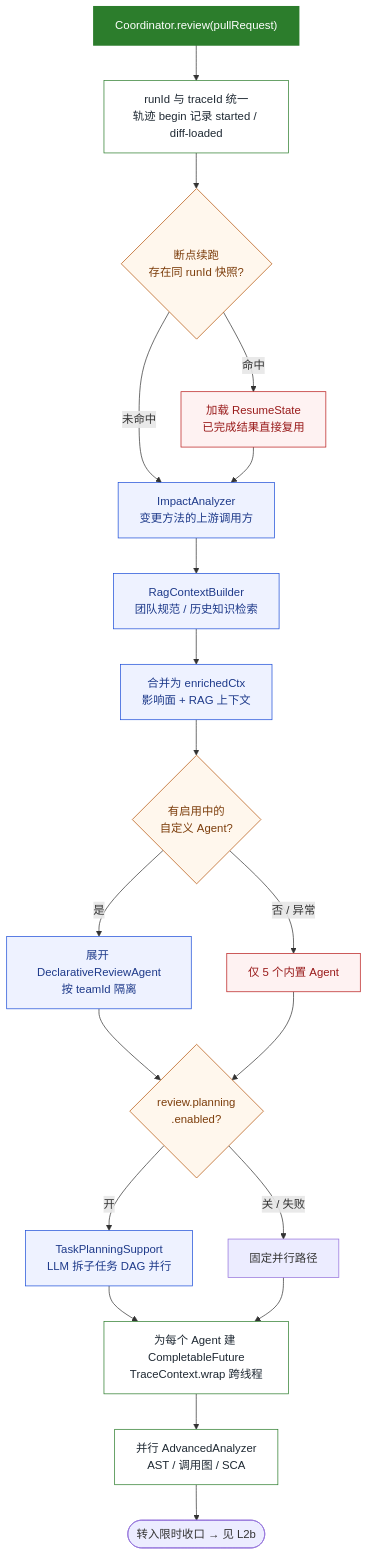
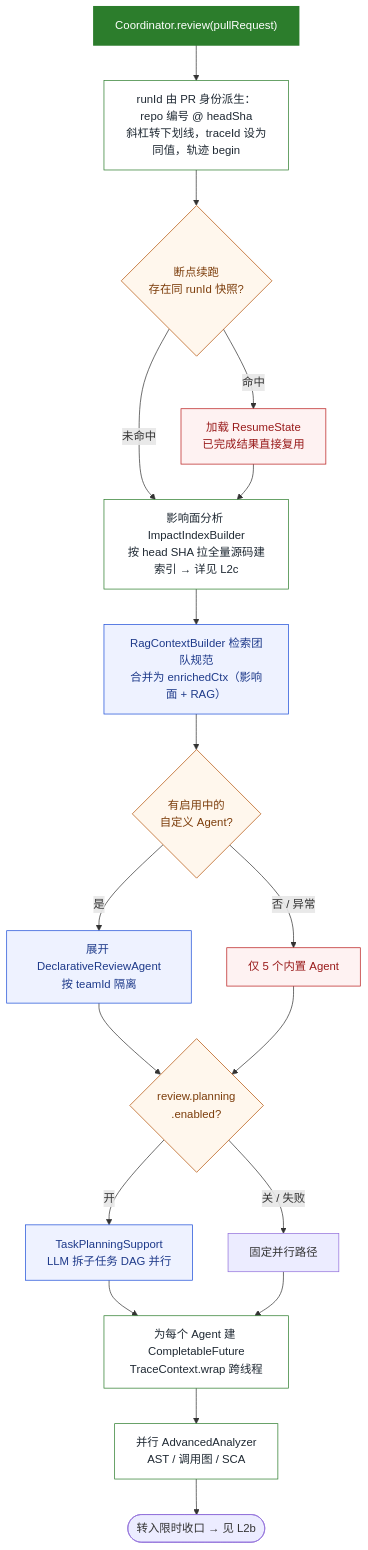
The diagram in docs/diagrams/l2a-prepare-dispatch.mmd (13liyunfei/code-review-agent), drawn with Mermaid before and after one commit. The commit also changed 10 other files, not shown here.

First line of the commit message:
docs: 图集同步项目近期演进，新增影响面分析专图（11 → 12 张）

```diff
--- a/docs/diagrams/l2a-prepare-dispatch.mmd
+++ b/docs/diagrams/l2a-prepare-dispatch.mmd
@@ -1,36 +1,36 @@
 flowchart TD
-    S["Coordinator.review(pullRequest)"] --> T["runId 与 traceId 统一<br/>轨迹 begin 记录 started / diff-loaded"]
+    S["Coordinator.review(pullRequest)"] --> T["runId 由 PR 身份派生：repo 编号 @ headSha<br/>斜杠转下划线，traceId 设为同值，轨迹 begin"]
 
     T --> RS{"断点续跑<br/>存在同 runId 快照?"}
     RS -->|"命中"| RS1["加载 ResumeState<br/>已完成结果直接复用"]
     RS -->|"未命中"| IA
     RS1 --> IA
 
-    IA["ImpactAnalyzer<br/>变更方法的上游调用方"] --> RAG["RagContextBuilder<br/>团队规范 / 历史知识检索"]
-    RAG --> ENR["合并为 enrichedCtx<br/>影响面 + RAG 上下文"]
+    IA["影响面分析 ImpactIndexBuilder<br/>按 head SHA 拉全量源码建索引 → 详见 L2c"] --> RAG
+    RAG["RagContextBuilder 检索团队规范<br/>合并为 enrichedCtx（影响面 + RAG）"]
 
-    ENR --> CA{"有启用中的<br/>自定义 Agent?"}
+    RAG --> CA{"有启用中的<br/>自定义 Agent?"}
     CA -->|"是"| CA1["展开 DeclarativeReviewAgent<br/>按 teamId 隔离"]
     CA -->|"否 / 异常"| CA2["仅 5 个内置 Agent"]
     CA1 --> PL
     CA2 --> PL
 
     PL{"review.planning<br/>.enabled?"}
     PL -->|"开"| PL1["TaskPlanningSupport<br/>LLM 拆子任务 DAG 并行"]
     PL -->|"关 / 失败"| PL2["固定并行路径"]
 
     PL1 --> FU
     PL2 --> FU
     FU["为每个 Agent 建 CompletableFuture<br/>TraceContext.wrap 跨线程"] --> ADV["并行 AdvancedAnalyzer<br/>AST / 调用图 / SCA"]
     ADV --> NB(["转入限时收口 → 见 L2b"])
 
     classDef start fill:#2c7d2c,stroke:#2c7d2c,stroke-width:2px,color:#fff;
     classDef proc fill:#FFFFFF,stroke:#2c7d2c,stroke-width:1px,color:#1f2933;
     classDef dec fill:#FFF7ED,stroke:#b45309,stroke-width:1px,color:#7c3d0b;
     classDef warn fill:#FEF2F2,stroke:#b91c1c,stroke-width:1px,color:#991b1b;
     classDef enhance fill:#EEF2FF,stroke:#1d4ed8,stroke-width:1px,color:#1e3a8a;
     class S start;
-    class T,FU,ADV proc;
+    class T,IA,ADV,FU proc;
     class RS,CA,PL dec;
     class RS1,CA2 warn;
-    class IA,RAG,ENR,CA1,PL1 enhance;
+    class RAG,CA1,PL1 enhance;
```
